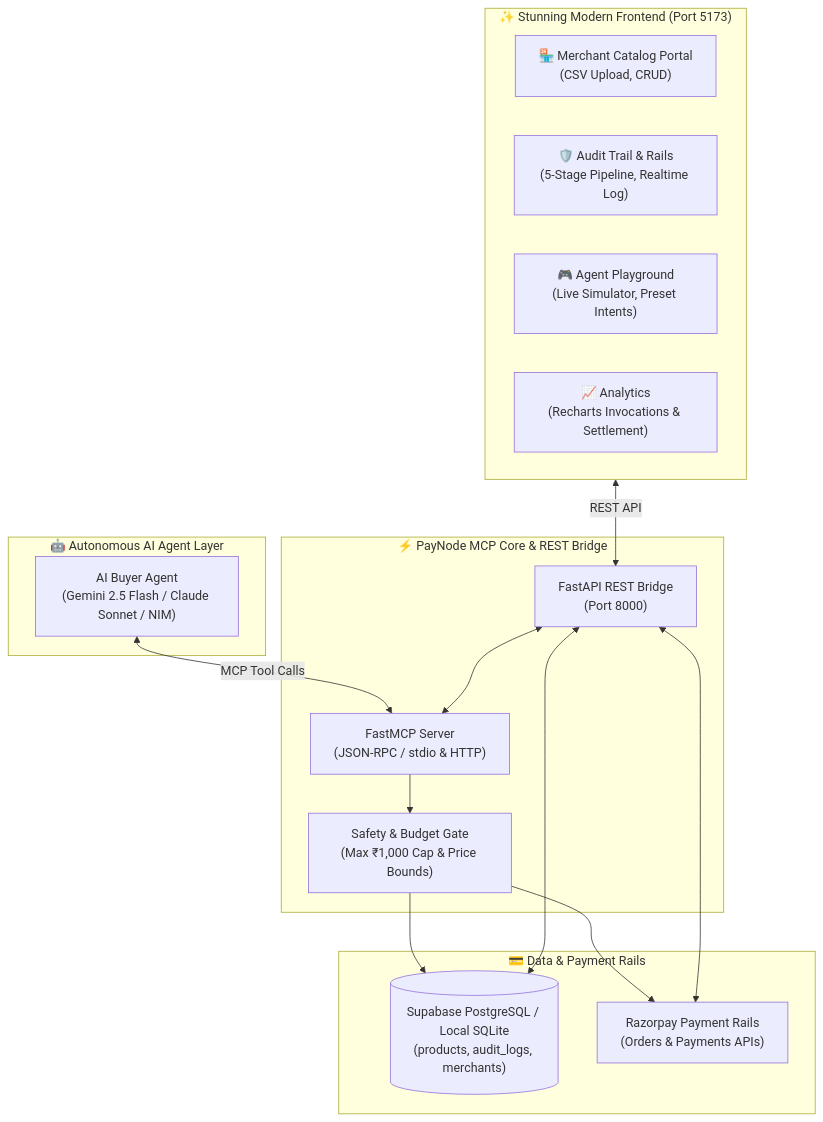
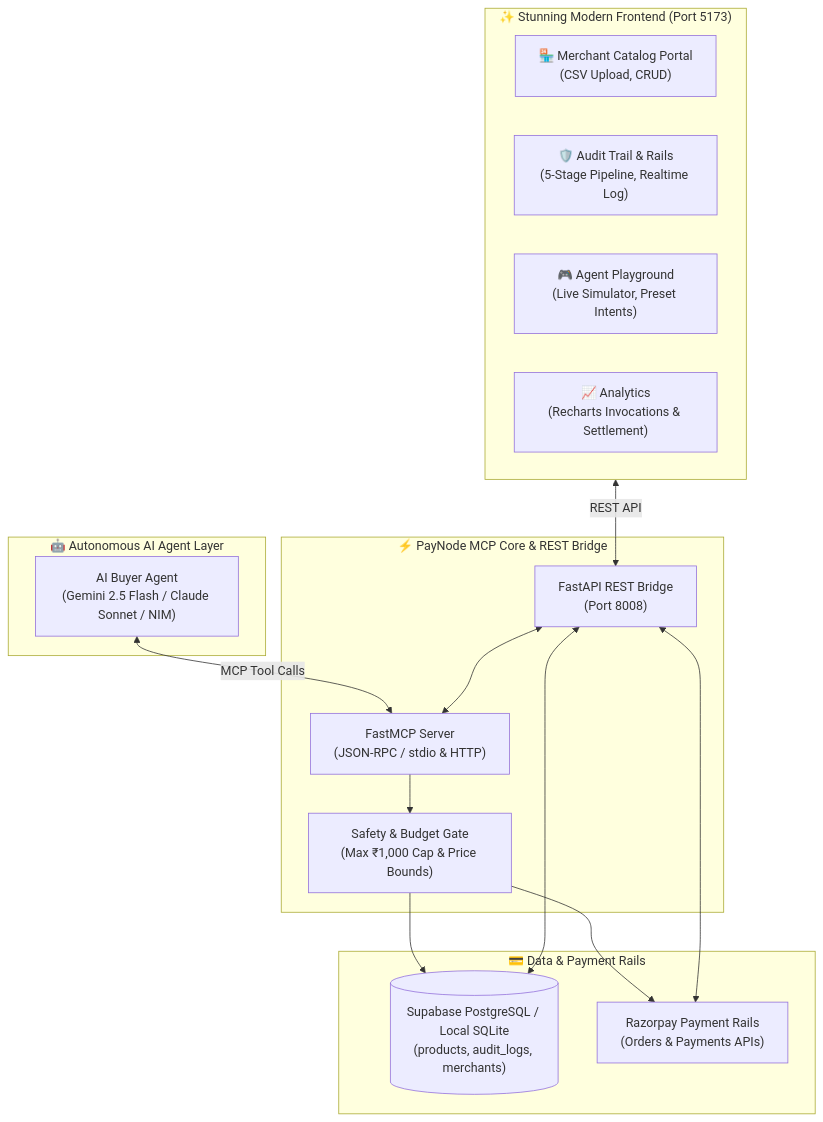
The diagram in paynode/README.md (bhalaganapathym/PayNode_razorpay), drawn with Mermaid before and after one commit. The commit also changed other lines of this file and 2 other files, not shown here.

Commit message:
docs: standardize backend port to 8008 across scripts and documentation

````diff
--- a/paynode/README.md
+++ b/paynode/README.md
@@ -14,33 +14,33 @@
 ```mermaid
 flowchart TD
     subgraph AgentLayer ["🤖 Autonomous AI Agent Layer"]
         Agent["AI Buyer Agent<br/>(Gemini 2.5 Flash / Claude Sonnet / NIM)"]
     end
 
     subgraph PayNodeCore ["⚡ PayNode MCP Core & REST Bridge"]
         MCP["FastMCP Server<br/>(JSON-RPC / stdio & HTTP)"]
-        REST["FastAPI REST Bridge<br/>(Port 8000)"]
+        REST["FastAPI REST Bridge<br/>(Port 8008)"]
         Guard["Safety & Budget Gate<br/>(Max ₹1,000 Cap & Price Bounds)"]
     end
 
     subgraph ExternalRails ["💳 Data & Payment Rails"]
         DB[("Supabase PostgreSQL / Local SQLite<br/>(products, audit_logs, merchants)")]
         RZP["Razorpay Payment Rails<br/>(Orders & Payments APIs)"]
     end
 
     subgraph WebUI ["✨ Stunning Modern Frontend (Port 5173)"]
         MerchantUI["🏪 Merchant Catalog Portal<br/>(CSV Upload, CRUD)"]
         AuditUI["🛡️ Audit Trail & Rails<br/>(5-Stage Pipeline, Realtime Log)"]
         Playground["🎮 Agent Playground<br/>(Live Simulator, Preset Intents)"]
         Analytics["📈 Analytics<br/>(Recharts Invocations & Settlement)"]
     end
 
     Agent <-->|MCP Tool Calls| MCP
     MCP --> Guard
     Guard --> DB
     Guard --> RZP
     REST <--> DB
     REST <--> RZP
     REST <--> MCP
     WebUI <-->|REST API| REST
 ```
````
